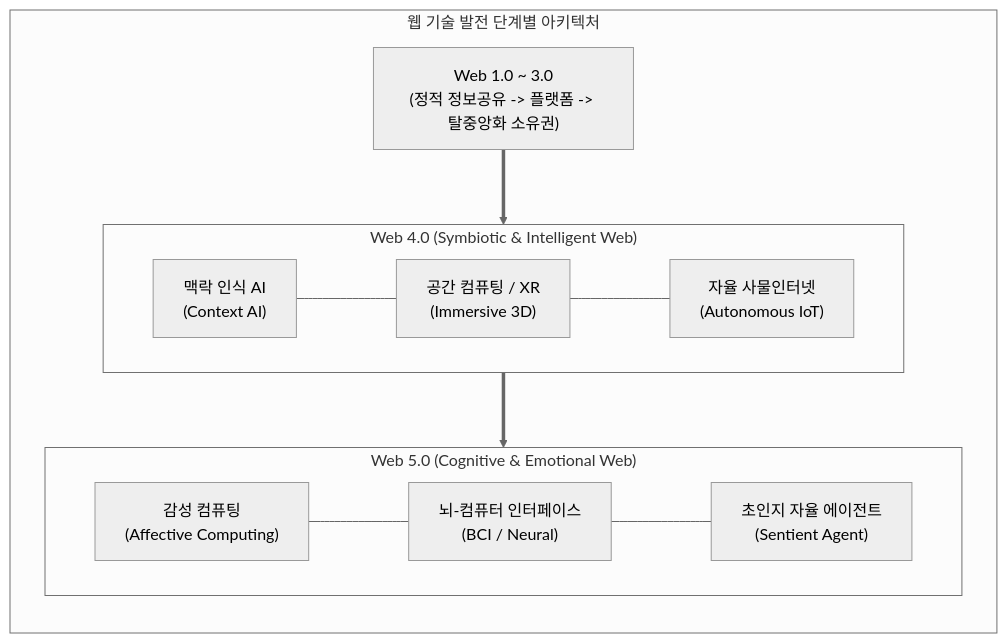
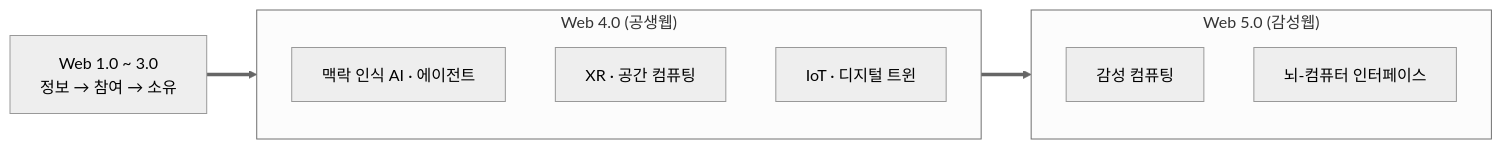
Before and after one commit to supremethumb/supremethumb.github.io: the diagram in content/01_IT Tech/Web 4.0, 5.0.md, drawn with Mermaid (neutral theme). The commit also changed other lines of this file and 1087 other files, not shown here.

````diff
--- a/content/01_IT Tech/Web 4.0, 5.0.md
+++ b/content/01_IT Tech/Web 4.0, 5.0.md
@@ -23,20 +37,16 @@
 ```mermaid
-flowchart TB
-    subgraph Evolution["웹 기술 발전 단계별 아키텍처"]
+flowchart LR
+    W123["Web 1.0 ~ 3.0<br/>정보 → 참여 → 소유"]
+    subgraph W4["Web 4.0 (공생웹)"]
         direction TB
-        W12["Web 1.0 ~ 3.0<br/>(정적 정보공유 -> 플랫폼 -> 탈중앙화 소유권)"]
-        
-        subgraph W4["Web 4.0 (Symbiotic & Intelligent Web)"]
-            direction LR
-            AI_C["맥락 인식 AI<br/>(Context AI)"] --- XR["공간 컴퓨팅 / XR<br/>(Immersive 3D)"] --- IOT["자율 사물인터넷<br/>(Autonomous IoT)"]
-        end
-
-        subgraph W5["Web 5.0 (Cognitive & Emotional Web)"]
-            direction LR
-            AFF["감성 컴퓨팅<br/>(Affective Computing)"] --- BCI["뇌-컴퓨터 인터페이스<br/>(BCI / Neural)"] --- SEN["초인지 자율 에이전트<br/>(Sentient Agent)"]
-        end
+        AI_C["맥락 인식 AI · 에이전트"]
+        XR["XR · 공간 컴퓨팅"]
+        IOT["IoT · 디지털 트윈"]
     end
-
-    W12 ==> W4 ==> W5
-
+    subgraph W5["Web 5.0 (감성웹)"]
+        direction TB
+        AFF["감성 컴퓨팅"]
+        BCI["뇌-컴퓨터 인터페이스"]
+    end
+    W123 ==> W4 ==> W5
 ```
````
